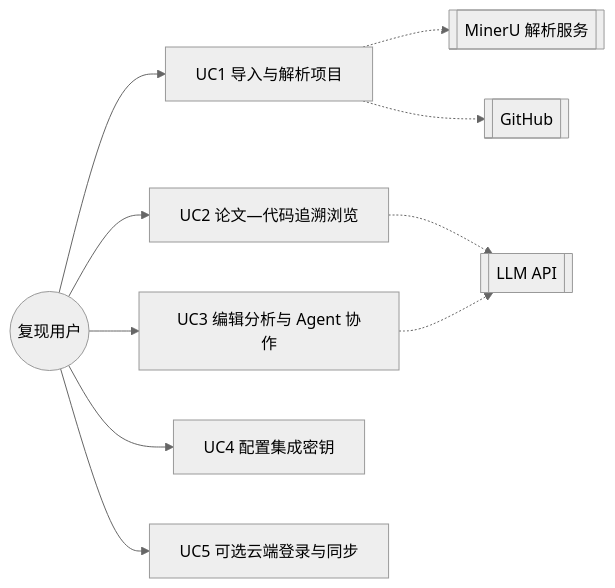
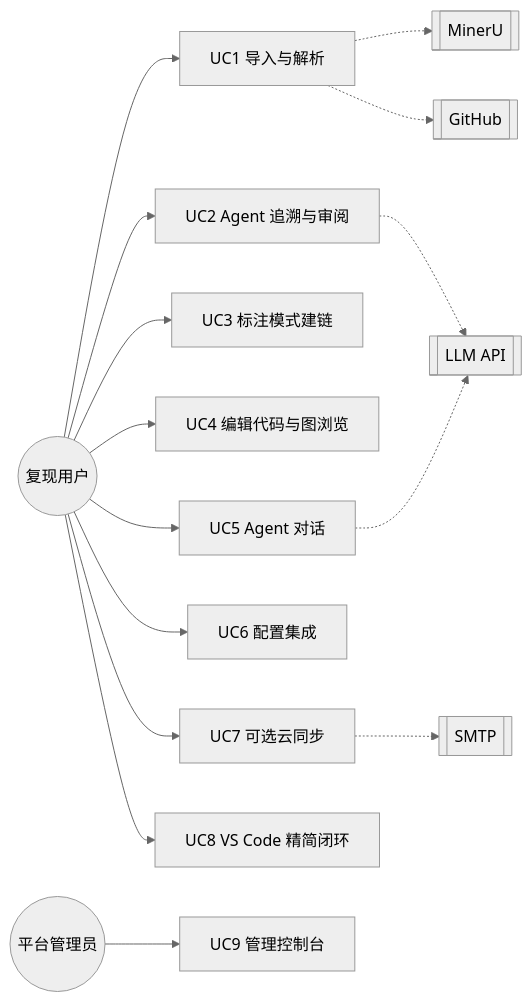
Before and after one commit to 1JI0O/SE26Project-15: the first of 12 diagrams in FinalRelease/UML.md, drawn with Mermaid (neutral theme). The commit also changed other lines of this file and 1 other file, not shown here.

````diff
--- a/FinalRelease/UML.md
+++ b/FinalRelease/UML.md
@@ -9,18 +13,25 @@
 ```mermaid
 flowchart LR
   User((复现用户))
-  ExtMinerU[[MinerU 解析服务]]
+  Admin((平台管理员))
+  ExtMinerU[[MinerU]]
   ExtLLM[[LLM API]]
   ExtGH[[GitHub]]
+  ExtSMTP[[SMTP]]
 
-  User --> UC1[UC1 导入与解析项目]
-  User --> UC2[UC2 论文—代码追溯浏览]
-  User --> UC3[UC3 编辑分析与 Agent 协作]
-  User --> UC4[UC4 配置集成密钥]
-  User --> UC5[UC5 可选云端登录与同步]
+  User --> UC1[UC1 导入与解析]
+  User --> UC2[UC2 Agent 追溯与审阅]
+  User --> UC3[UC3 标注模式建链]
+  User --> UC4[UC4 编辑代码与图浏览]
+  User --> UC5[UC5 Agent 对话]
+  User --> UC6[UC6 配置集成]
+  User --> UC7[UC7 可选云同步]
+  User --> UC8[UC8 VS Code 精简闭环]
+  Admin --> UC9[UC9 管理控制台]
 
   UC1 -.-> ExtMinerU
   UC1 -.-> ExtGH
   UC2 -.-> ExtLLM
-  UC3 -.-> ExtLLM
+  UC5 -.-> ExtLLM
+  UC7 -.-> ExtSMTP
 ```
````
